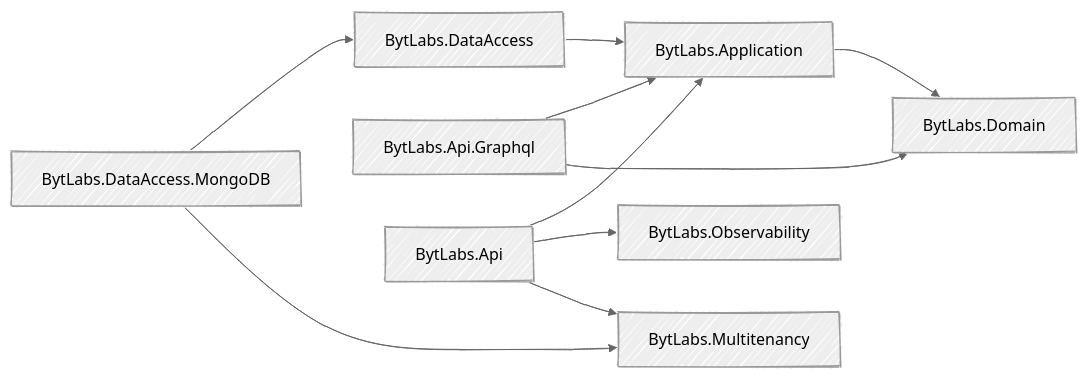
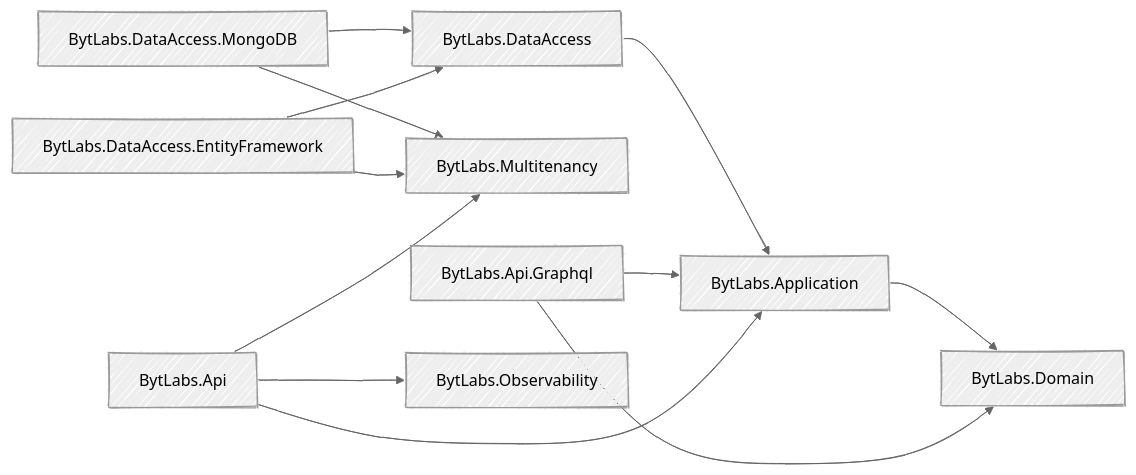
Before and after one commit to bytlabs/BytLabs.BackendPackages: the diagram in docs/libraries/index.md, drawn with Mermaid. The commit also changed other lines of this file and 26 other files, not shown here.

````diff
--- a/docs/libraries/index.md
+++ b/docs/libraries/index.md
@@ -43,17 +44,19 @@
 ```mermaid
 ---
 config:
   look: handDrawn
   theme: neutral
 ---
 flowchart LR
     App[BytLabs.Application] --> Domain[BytLabs.Domain]
     DataAccess[BytLabs.DataAccess] --> App
     Mongo[BytLabs.DataAccess.MongoDB] --> DataAccess
     Mongo --> MT[BytLabs.Multitenancy]
+    Ef[BytLabs.DataAccess.EntityFramework] --> DataAccess
+    Ef --> MT
     Gql[BytLabs.Api.Graphql] --> App
     Gql --> Domain
     Api[BytLabs.Api] --> App
     Api --> Obs[BytLabs.Observability]
     Api --> MT
 ```
````
